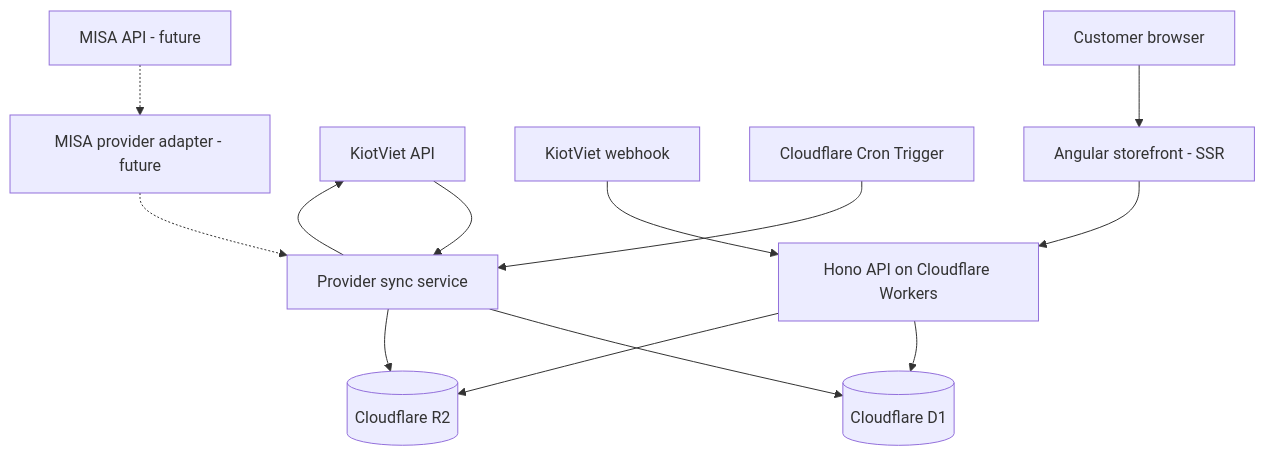
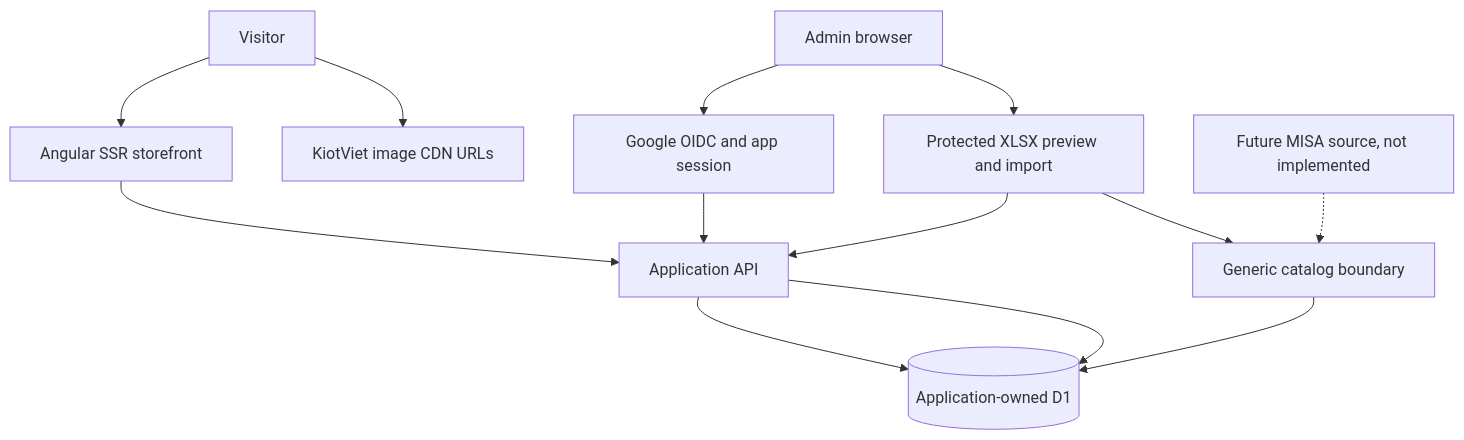
Before and after one commit to thanhnhan776/thichmacdep: the diagram in ThichMacDep_AI_AGENT_PROJECT_PLAN.md, drawn with Mermaid. The commit also changed other lines of this file and 71 other files, not shown here.

````diff
--- a/ThichMacDep_AI_AGENT_PROJECT_PLAN.md
+++ b/ThichMacDep_AI_AGENT_PROJECT_PLAN.md
@@ -228,17 +33,15 @@
-``` mermaid
+```mermaid
 flowchart TD
-    Visitor[Customer browser] --> Storefront[Angular storefront - SSR]
-    Storefront --> API[Hono API on Cloudflare Workers]
-    API --> D1[(Cloudflare D1)]
-    API --> R2[(Cloudflare R2)]
-
-    KiotViet[KiotViet API] --> Sync[Provider sync service]
-    Webhook[KiotViet webhook] --> API
-    Cron[Cloudflare Cron Trigger] --> Sync
-    Sync --> KiotViet
-    Sync --> D1
-    Sync --> R2
-
-    FutureMISA[MISA API - future] -.-> MISAAdapter[MISA provider adapter - future]
-    MISAAdapter -.-> Sync
+    Visitor[Visitor] --> Storefront[Angular SSR storefront]
+    Storefront --> API[Application API]
+    API --> D1[(Application-owned D1)]
+    Visitor --> CDN[KiotViet image CDN URLs]
+    Admin[Admin browser] --> Auth[Google OIDC and app session]
+    Auth --> API
+    Admin --> Import[Protected XLSX preview and import]
+    Import --> API
+    API --> D1
+    Future[Future MISA source, not implemented] -.-> Normalization[Generic catalog boundary]
+    Import --> Normalization
+    Normalization --> D1
 ```
````
